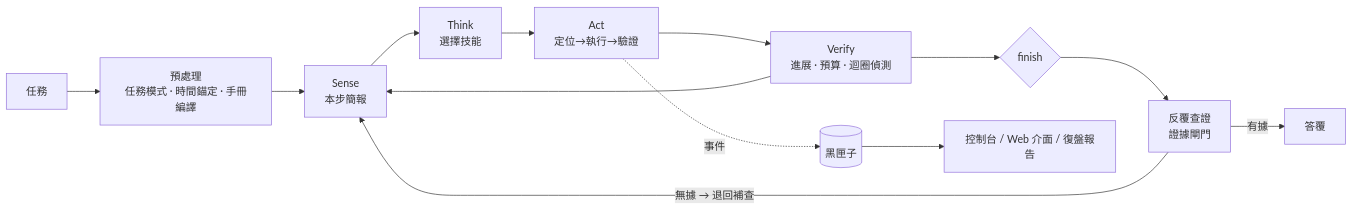
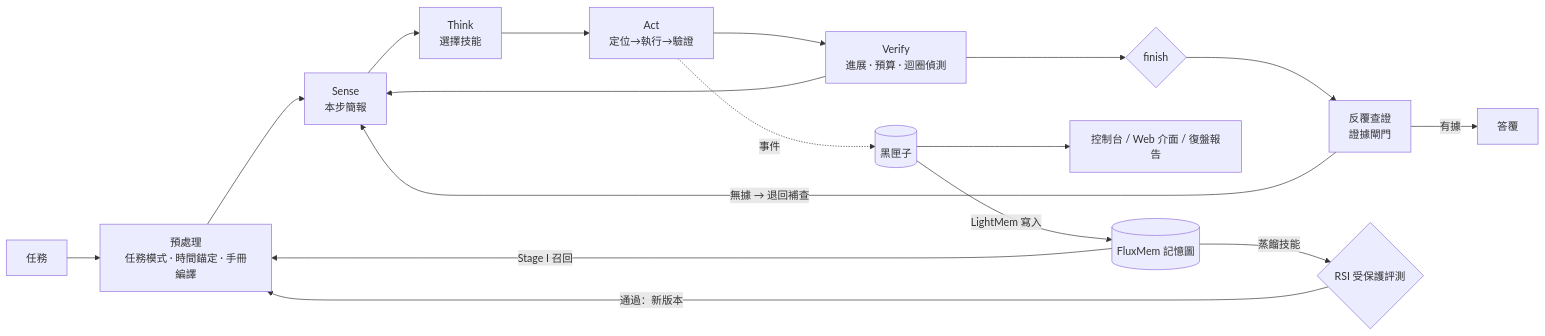
One commit to JingLunHuang/OpenManus changed the diagram in README.md. Above: the diagram before and after it, drawn with Mermaid. The commit also changed other lines of this file and 53 other files, not shown here.

````diff
--- a/README.md
+++ b/README.md
@@ -82,15 +127,19 @@
 ```mermaid
 flowchart LR
     T[任務] --> P[預處理<br/>任務模式 · 時間錨定 · 手冊編譯]
     P --> S[Sense<br/>本步簡報]
     S --> K[Think<br/>選擇技能]
     K --> A[Act<br/>定位→執行→驗證]
     A --> V[Verify<br/>進展 · 預算 · 迴圈偵測]
     V --> S
     V --> G{finish}
     G --> Q[反覆查證<br/>證據閘門]
     Q -- 無據 → 退回補查 --> S
     Q -- 有據 --> F[答覆]
     A -. 事件 .-> J[(黑匣子)]
     J --> UI[控制台 / Web 介面 / 復盤報告]
+    J -->|LightMem 寫入| M[(FluxMem 記憶圖)]
+    M -->|Stage I 召回| P
+    M -->|蒸餾技能| R{RSI 受保護評測}
+    R -->|通過：新版本| P
 ```
````
